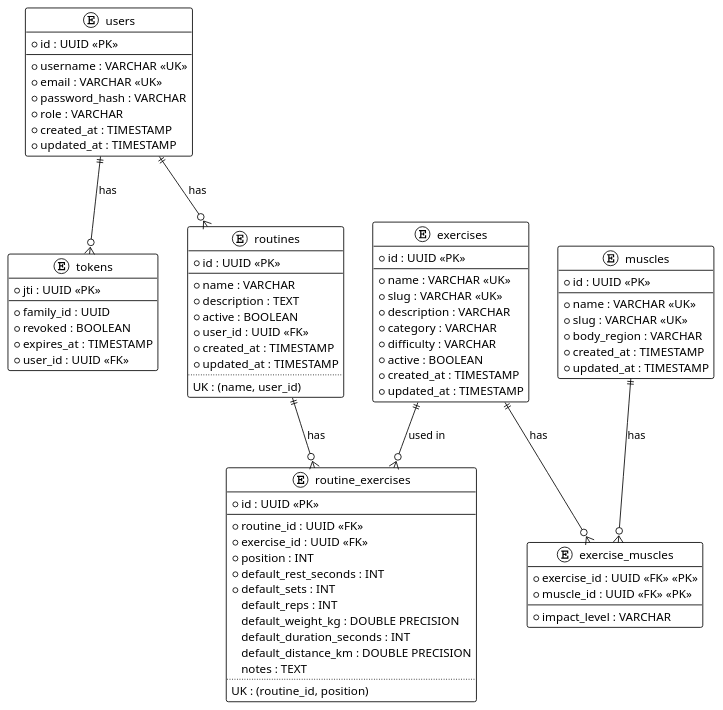
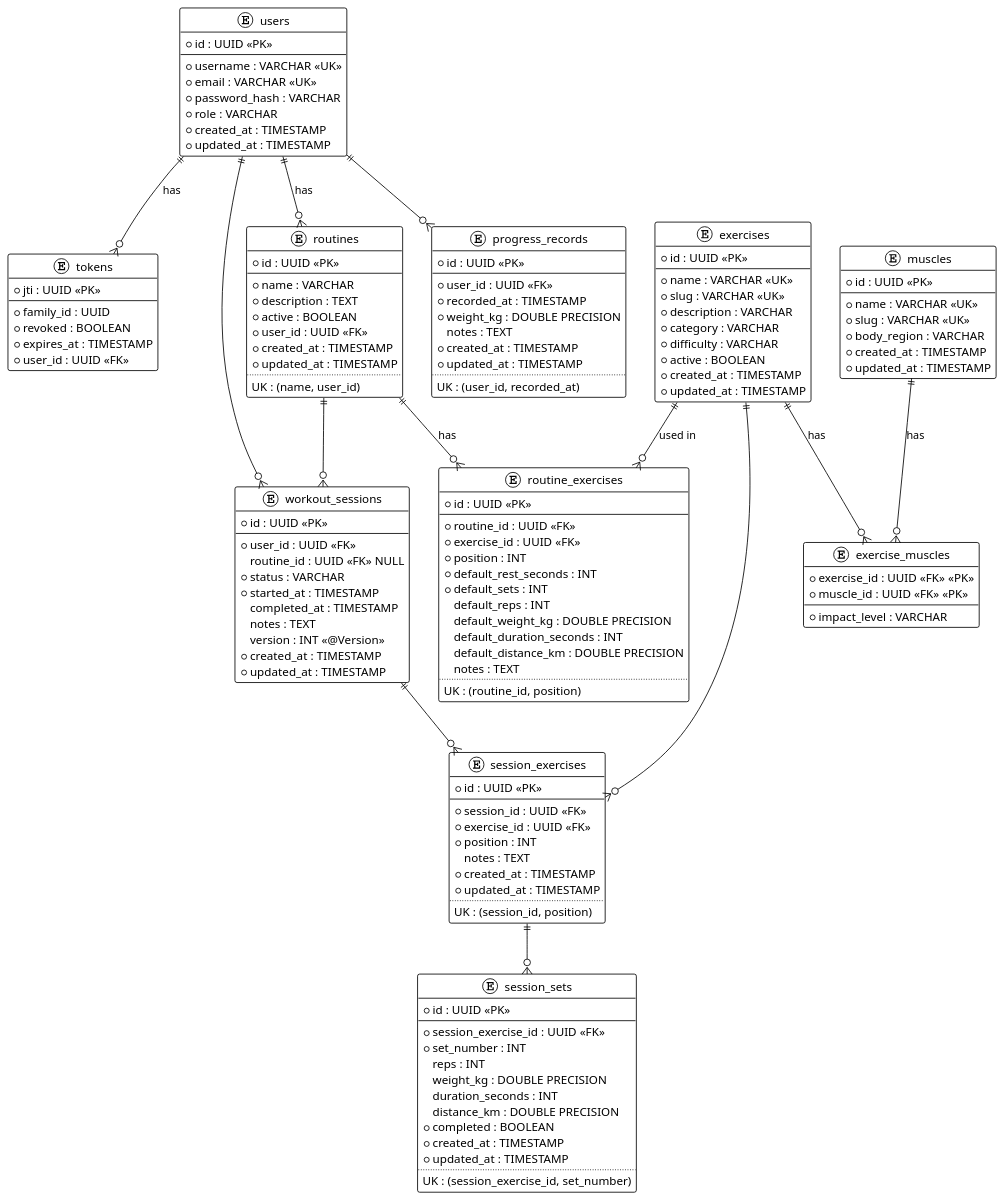
One commit to genesshoan/fitness-tracker-api changed the diagram in docs/er.puml. Above: the diagram before and after it, drawn with PlantUML. The commit also changed 1 other file, not shown here.

Commit message:
docs(design): define workout session, session tracking and stats design

```diff
--- a/docs/er.puml
+++ b/docs/er.puml
@@ -1,91 +1,153 @@
 @startuml
 !theme plain
 
 entity "users" {
     * id : UUID <<PK>>
     --
     * username : VARCHAR <<UK>>
     * email : VARCHAR <<UK>>
     * password_hash : VARCHAR
     * role : VARCHAR
     * created_at : TIMESTAMP
     * updated_at : TIMESTAMP
 }
 
 entity "tokens" {
     * jti : UUID <<PK>>
     --
     * family_id : UUID
     * revoked : BOOLEAN
     * expires_at : TIMESTAMP
     * user_id : UUID <<FK>>
 }
 
 entity "muscles" {
     * id : UUID <<PK>>
     --
     * name : VARCHAR <<UK>>
     * slug : VARCHAR <<UK>>
     * body_region : VARCHAR
     * created_at : TIMESTAMP
     * updated_at : TIMESTAMP
 }
 
 entity "exercises" {
     * id : UUID <<PK>>
     --
     * name : VARCHAR <<UK>>
     * slug : VARCHAR <<UK>>
     * description : VARCHAR
     * category : VARCHAR
     * difficulty : VARCHAR
     * active : BOOLEAN
     * created_at : TIMESTAMP
     * updated_at : TIMESTAMP
 }
 
 entity "exercise_muscles" {
     * exercise_id : UUID <<FK>> <<PK>>
     * muscle_id : UUID <<FK>> <<PK>>
     --
     * impact_level : VARCHAR
 }
 
 entity "routines" {
     * id : UUID <<PK>>
     --
     * name : VARCHAR
     * description : TEXT
     * active : BOOLEAN
     * user_id : UUID <<FK>>
     * created_at : TIMESTAMP
     * updated_at : TIMESTAMP
     ..
     UK : (name, user_id)
 }
 
 entity "routine_exercises" {
     * id : UUID <<PK>>
     --
     * routine_id : UUID <<FK>>
     * exercise_id : UUID <<FK>>
     * position : INT
     * default_rest_seconds : INT
     * default_sets : INT
     default_reps : INT
     default_weight_kg : DOUBLE PRECISION
     default_duration_seconds : INT
     default_distance_km : DOUBLE PRECISION
     notes : TEXT
     ..
     UK : (routine_id, position)
 }
 
+entity "workout_sessions" {
+    * id : UUID <<PK>>
+    --
+    * user_id : UUID <<FK>>
+    routine_id : UUID <<FK>> NULL
+    * status : VARCHAR
+    * started_at : TIMESTAMP
+    completed_at : TIMESTAMP
+    notes : TEXT
+    version : INT <<@Version>>
+    * created_at : TIMESTAMP
+    * updated_at : TIMESTAMP
+}
+
+entity "session_exercises" {
+    * id : UUID <<PK>>
+    --
+    * session_id : UUID <<FK>>
+    * exercise_id : UUID <<FK>>
+    * position : INT
+    notes : TEXT
+    * created_at : TIMESTAMP
+    * updated_at : TIMESTAMP
+    ..
+    UK : (session_id, position)
+}
+
+entity "session_sets" {
+    * id : UUID <<PK>>
+    --
+    * session_exercise_id : UUID <<FK>>
+    * set_number : INT
+    reps : INT
+    weight_kg : DOUBLE PRECISION
+    duration_seconds : INT
+    distance_km : DOUBLE PRECISION
+    * completed : BOOLEAN
+    * created_at : TIMESTAMP
+    * updated_at : TIMESTAMP
+    ..
+    UK : (session_exercise_id, set_number)
+}
+
+entity "progress_records" {
+    * id : UUID <<PK>>
+    --
+    * user_id : UUID <<FK>>
+    * recorded_at : TIMESTAMP
+    * weight_kg : DOUBLE PRECISION
+    notes : TEXT
+    * created_at : TIMESTAMP
+    * updated_at : TIMESTAMP
+    ..
+    UK : (user_id, recorded_at)
+}
+
 "exercises" ||--o{ "exercise_muscles" : "has"
 "muscles" ||--o{ "exercise_muscles" : "has"
 "users" ||--o{ "tokens" : "has"
 "users" ||--o{ "routines" : "has"
 "routines" ||--o{ "routine_exercises" : "has"
 "exercises" ||--o{ "routine_exercises" : "used in"
+"users" ||--o{ "workout_sessions"
+"routines" ||--o{ "workout_sessions"
+"workout_sessions" ||--o{ "session_exercises"
+"exercises" ||--o{ "session_exercises"
+"session_exercises" ||--o{ "session_sets"
+"users" ||--o{ "progress_records"
 
 @enduml
```
